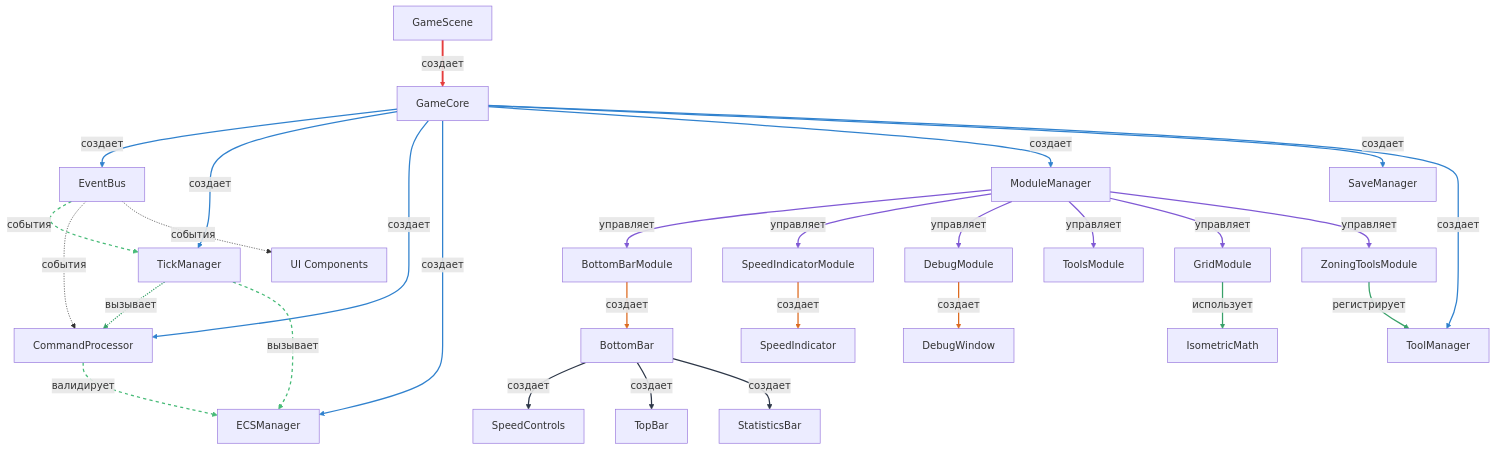
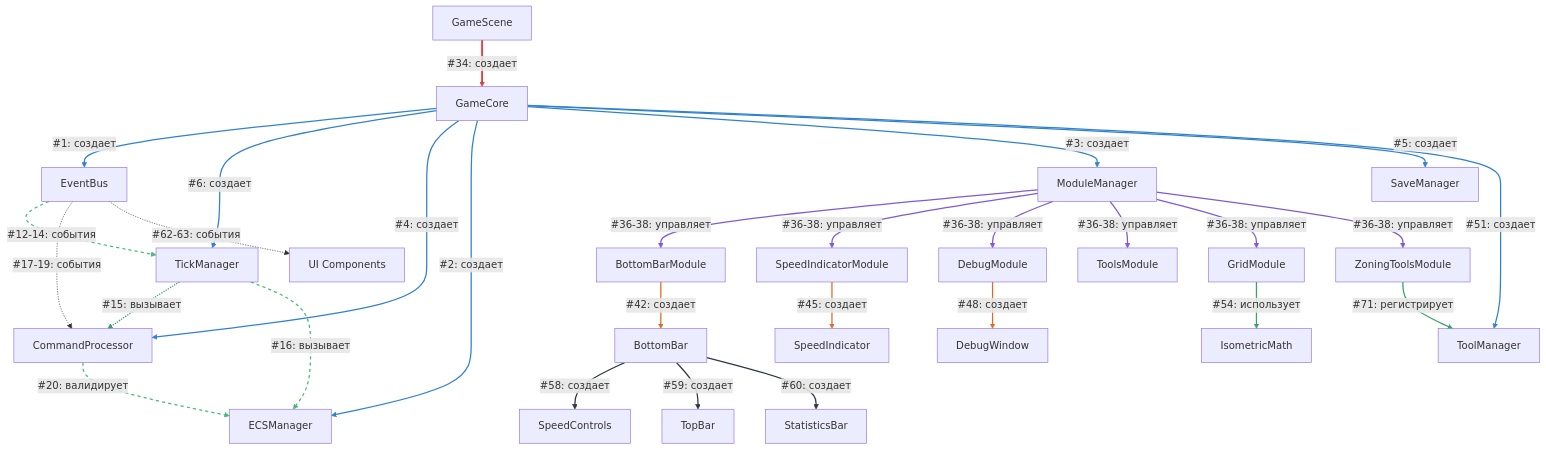
The first of 4 diagrams in docs/core_schema.md (B415Corp/script-city-mvp), drawn with Mermaid before and after one commit. The commit also changed other lines of this file, not shown here.

Commit message:
feat: обновлена документация схемы взаимодействий компонентов ядра с добавлением нумерации для упрощения навигации по взаимодействиям, описывающей создание и управление основными компонентами, такими как GameCore, EventBus и TickManager

````diff
--- a/docs/core_schema.md
+++ b/docs/core_schema.md
@@ -144,46 +144,46 @@
 ```mermaid
 graph TB
-    GameScene ==>|создает| GameCore
+    GameScene ==>|#34: создает| GameCore
 
-    GameCore -->|создает| EventBus
-    GameCore -->|создает| TickManager
-    GameCore -->|создает| CommandProcessor
-    GameCore -->|создает| ECSManager
-    GameCore -->|создает| ModuleManager
-    GameCore -->|создает| SaveManager
-    GameCore -->|создает| ToolManager
+    GameCore -->|#1: создает| EventBus
+    GameCore -->|#6: создает| TickManager
+    GameCore -->|#4: создает| CommandProcessor
+    GameCore -->|#2: создает| ECSManager
+    GameCore -->|#3: создает| ModuleManager
+    GameCore -->|#5: создает| SaveManager
+    GameCore -->|#51: создает| ToolManager
 
-    ModuleManager ==>|управляет| BottomBarModule
-    ModuleManager ==>|управляет| SpeedIndicatorModule
-    ModuleManager ==>|управляет| DebugModule
-    ModuleManager ==>|управляет| ToolsModule
-    ModuleManager ==>|управляет| GridModule
-    ModuleManager ==>|управляет| ZoningToolsModule
+    ModuleManager ==>|#36-38: управляет| BottomBarModule
+    ModuleManager ==>|#36-38: управляет| SpeedIndicatorModule
+    ModuleManager ==>|#36-38: управляет| DebugModule
+    ModuleManager ==>|#36-38: управляет| ToolsModule
+    ModuleManager ==>|#36-38: управляет| GridModule
+    ModuleManager ==>|#36-38: управляет| ZoningToolsModule
 
-    BottomBarModule -->|создает| BottomBar
-    SpeedIndicatorModule -->|создает| SpeedIndicator
-    DebugModule -->|создает| DebugWindow
+    BottomBarModule -->|#42: создает| BottomBar
+    SpeedIndicatorModule -->|#45: создает| SpeedIndicator
+    DebugModule -->|#48: создает| DebugWindow
 
-    BottomBar -->|создает| SpeedControls
-    BottomBar -->|создает| TopBar
-    BottomBar -->|создает| StatisticsBar
+    BottomBar -->|#58: создает| SpeedControls
+    BottomBar -->|#59: создает| TopBar
+    BottomBar -->|#60: создает| StatisticsBar
 
-    GridModule -->|использует| IsometricMath
-    ZoningToolsModule -->|регистрирует| ToolManager
+    GridModule -->|#54: использует| IsometricMath
+    ZoningToolsModule -->|#71: регистрирует| ToolManager
 
-    TickManager -.->|вызывает| CommandProcessor
-    TickManager -.->|вызывает| ECSManager
-    CommandProcessor -.->|валидирует| ECSManager
+    TickManager -.->|#15: вызывает| CommandProcessor
+    TickManager -.->|#16: вызывает| ECSManager
+    CommandProcessor -.->|#20: валидирует| ECSManager
 
-    EventBus -.->|события| TickManager
-    EventBus -.->|события| CommandProcessor
-    EventBus -.->|события| UI[UI Components]
+    EventBus -.->|#12-14: события| TickManager
+    EventBus -.->|#17-19: события| CommandProcessor
+    EventBus -.->|#62-63: события| UI[UI Components]
 
     linkStyle 0 stroke:#e53e3e,stroke-width:3px
     linkStyle 1,2,3,4,5,6,7 stroke:#3182ce,stroke-width:2px
     linkStyle 8,9,10,11,12,13 stroke:#805ad5,stroke-width:2px
     linkStyle 14,15,16 stroke:#dd6b20,stroke-width:2px
     linkStyle 17,18,19 stroke:#2d3748,stroke-width:2px
     linkStyle 20,21,22 stroke:#38a169,stroke-width:2px
     linkStyle 23,24,25 stroke:#48bb78,stroke-width:2px,stroke-dasharray:5
 ```
````
